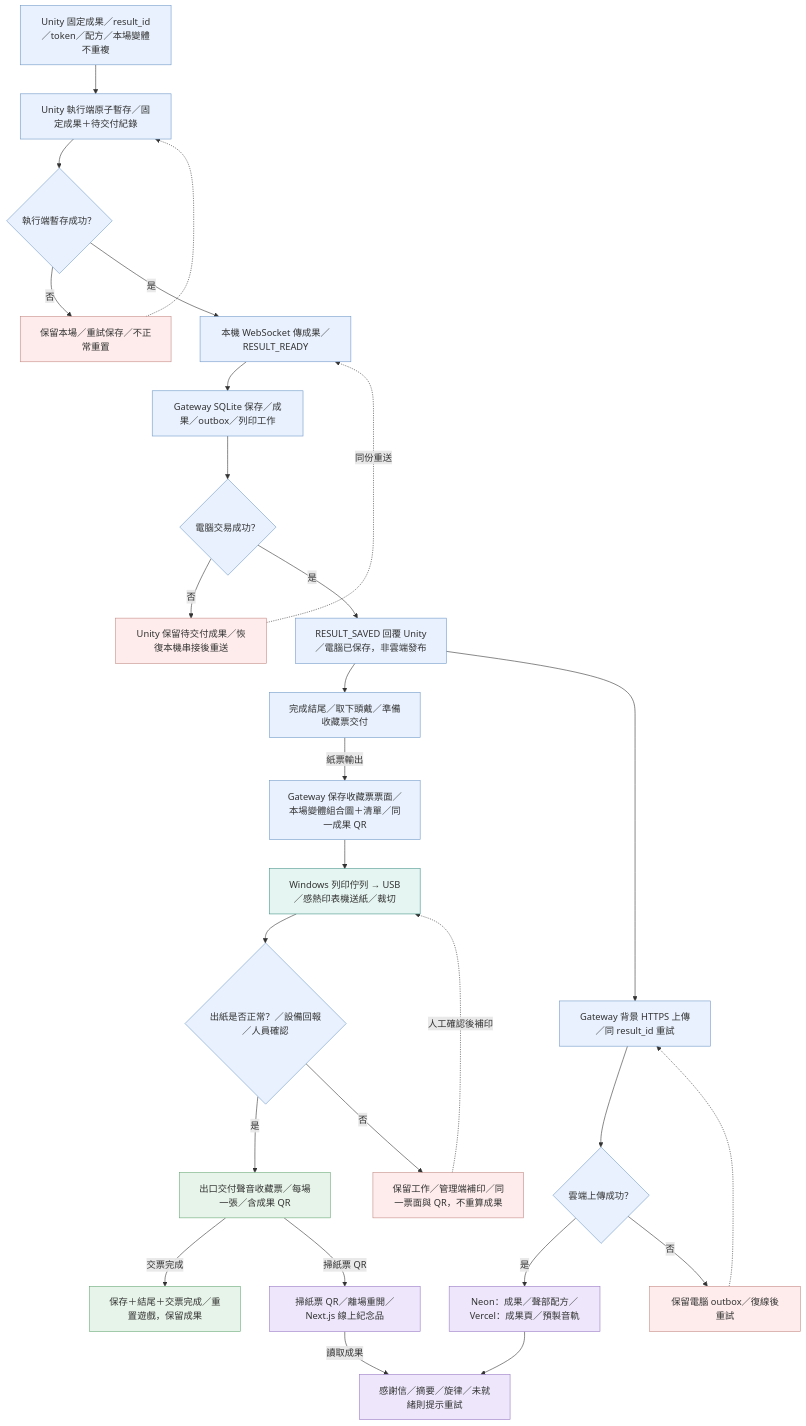
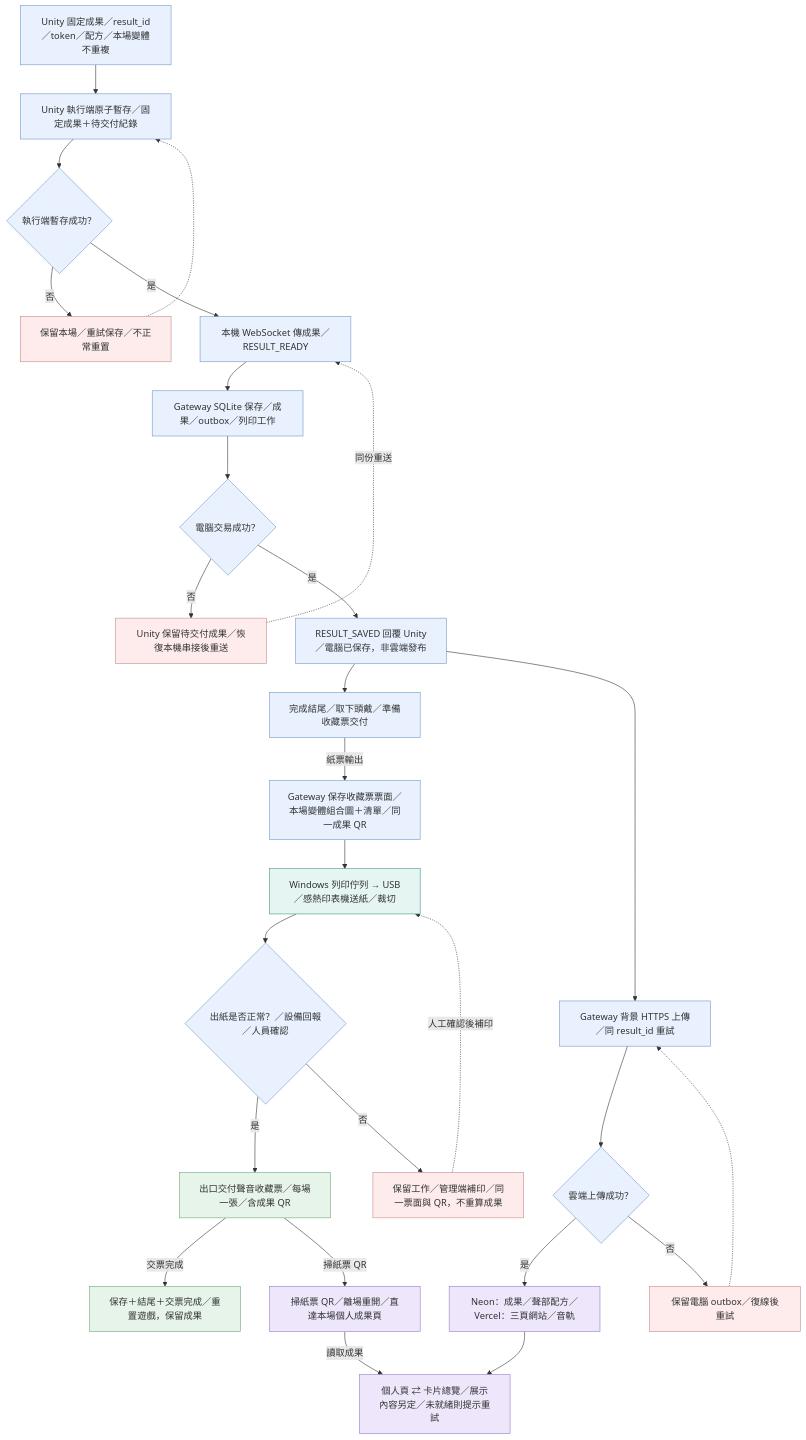
Before and after one commit to fengyenchia/dctProject: the diagram in docs/docs_vr/assets/技術流程圖/05.mmd, drawn with Mermaid. The commit also changed 42 other files, not shown here.

```diff
--- a/docs/docs_vr/assets/技術流程圖/05.mmd
+++ b/docs/docs_vr/assets/技術流程圖/05.mmd
@@ -1,71 +1,71 @@
 flowchart TD
   snapshot["Unity 固定成果／result_id／token／配方／本場變體不重複"]
   unityStore["Unity 執行端原子暫存／固定成果＋待交付紀錄"]
   localOk{"執行端暫存成功？"}
   localRetry["保留本場／重試保存／不正常重置"]
   send["本機 WebSocket 傳成果／RESULT_READY"]
   pcStore["Gateway SQLite 保存／成果／outbox／列印工作"]
   pcOk{"電腦交易成功？"}
   pcRetry["Unity 保留待交付成果／恢復本機串接後重送"]
   ack["RESULT_SAVED 回覆 Unity／電腦已保存，非雲端發布"]
   handoff["完成結尾／取下頭戴／準備收藏票交付"]
   upload["Gateway 背景 HTTPS 上傳／同 result_id 重試"]
   cloudOk{"雲端上傳成功？"}
-  cloud["Neon：成果／聲部配方／Vercel：成果頁／預製音軌"]
+  cloud["Neon：成果／聲部配方／Vercel：三頁網站／音軌"]
   queue["保留電腦 outbox／復線後重試"]
-  phone["掃紙票 QR／離場重開／Next.js 線上紀念品"]
-  web["感謝信／摘要／旋律／未就緒則提示重試"]
+  phone["掃紙票 QR／離場重開／直達本場個人成果頁"]
+  web["個人頁 ⇄ 卡片總覽／展示內容另定／未就緒則提示重試"]
   reset["保存＋結尾＋交票完成／重置遊戲，保留成果"]
   ticketImage["Gateway 保存收藏票票面／本場變體組合圖＋清單／同一成果 QR"]
   ticketUsb["Windows 列印佇列 → USB／感熱印表機送紙／裁切"]
   ticketOk{"出紙是否正常？／設備回報／人員確認"}
   ticketTake["出口交付聲音收藏票／每場一張／含成果 QR"]
   ticketRetry["保留工作／管理端補印／同一票面與 QR，不重算成果"]
   snapshot --> unityStore
   unityStore --> localOk
   localOk -->|"否"| localRetry
   localRetry -.-> unityStore
   localOk -->|"是"| send
   send --> pcStore
   pcStore --> pcOk
   pcOk -->|"否"| pcRetry
   pcRetry -.->|"同份重送"| send
   pcOk -->|"是"| ack
   ack --> handoff
   ack --> upload
   upload --> cloudOk
   cloudOk -->|"是"| cloud
   cloudOk -->|"否"| queue
   queue -.-> upload
   cloud --> web
   phone -->|"讀取成果"| web
   handoff -->|"紙票輸出"| ticketImage
   ticketImage --> ticketUsb
   ticketUsb --> ticketOk
   ticketOk -->|"是"| ticketTake
   ticketOk -->|"否"| ticketRetry
   ticketRetry -.->|"人工確認後補印"| ticketUsb
   ticketTake -->|"交票完成"| reset
   ticketTake -->|"掃紙票 QR"| phone
   style snapshot fill:#e8f1fd,stroke:#7099c9
   style unityStore fill:#e8f1fd,stroke:#7099c9
   style localOk fill:#e8f1fd,stroke:#7099c9
   style localRetry fill:#fdeceb,stroke:#c58b86
   style send fill:#e8f1fd,stroke:#7099c9
   style pcStore fill:#e8f1fd,stroke:#7099c9
   style pcOk fill:#e8f1fd,stroke:#7099c9
   style pcRetry fill:#fdeceb,stroke:#c58b86
   style ack fill:#e8f1fd,stroke:#7099c9
   style handoff fill:#e8f1fd,stroke:#7099c9
   style upload fill:#e8f1fd,stroke:#7099c9
   style cloudOk fill:#e8f1fd,stroke:#7099c9
   style cloud fill:#eee7fb,stroke:#9a7ac7
   style queue fill:#fdeceb,stroke:#c58b86
   style phone fill:#eee7fb,stroke:#9a7ac7
   style web fill:#eee7fb,stroke:#9a7ac7
   style reset fill:#e7f4e9,stroke:#69a977
   style ticketImage fill:#e8f1fd,stroke:#7099c9
   style ticketUsb fill:#e5f5f1,stroke:#459489
   style ticketOk fill:#e8f1fd,stroke:#7099c9
   style ticketTake fill:#e7f4e9,stroke:#69a977
   style ticketRetry fill:#fdeceb,stroke:#c58b86
```
